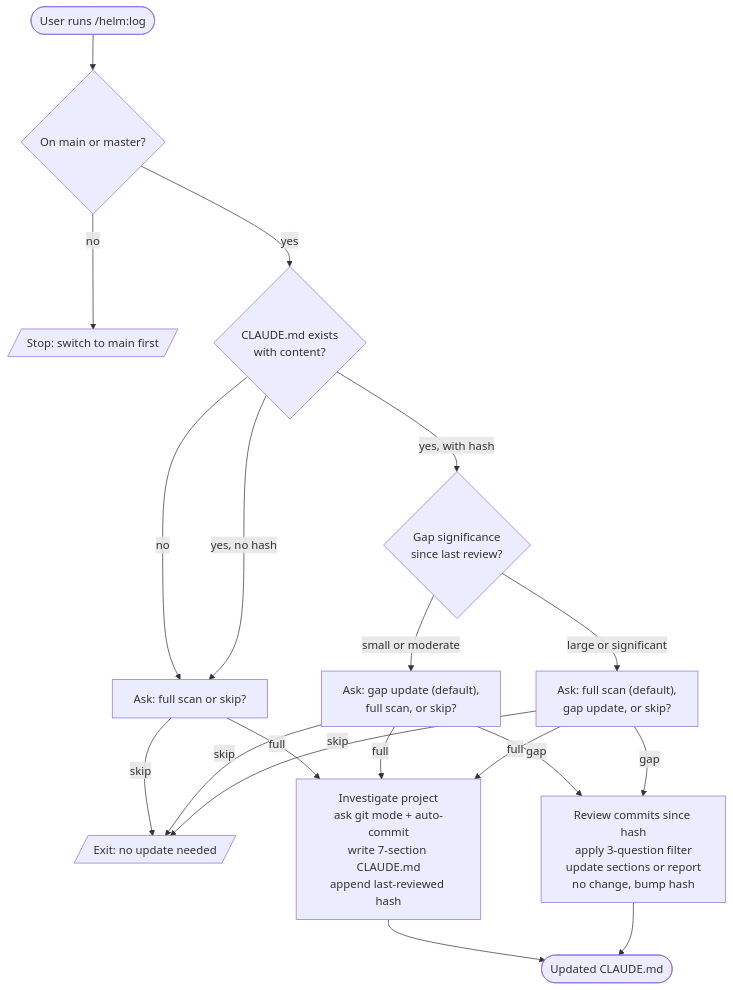
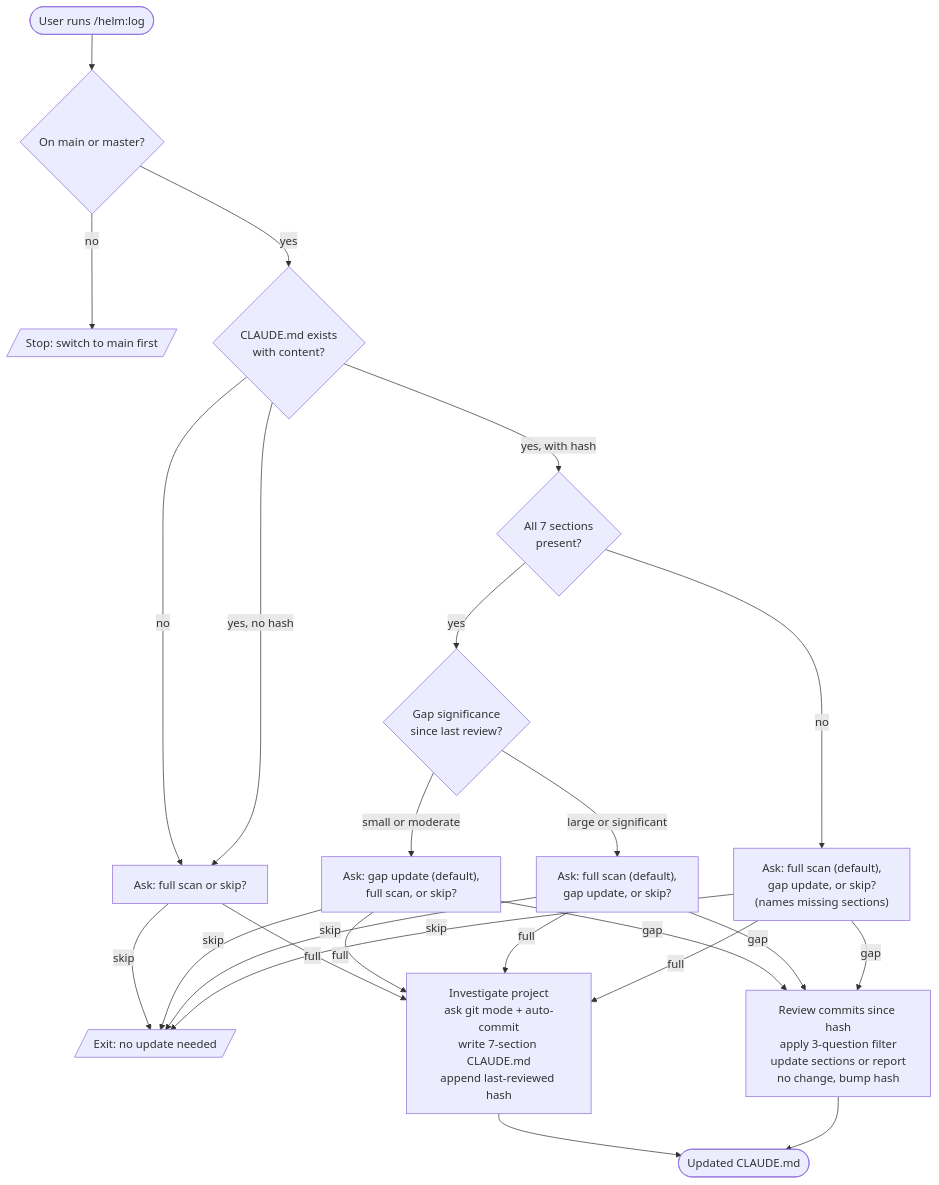
The diagram in docs/commands/log.md (myowinthein/agent-helm), drawn with Mermaid before and after one commit. The commit also changed other lines of this file and 1 other file, not shown here.

Commit message:
feat(log): detect schema breaks and recommend full scan when sections are missing

````diff
--- a/docs/commands/log.md
+++ b/docs/commands/log.md
@@ -13,27 +13,33 @@
 ```mermaid
 flowchart TD
   Start([User runs /helm:log]) --> Branch{On main or master?}
   Branch -->|no| Stop[/Stop: switch to main first/]
   Branch -->|yes| Exists{CLAUDE.md exists<br/>with content?}
 
   Exists -->|no| Mode1[Ask: full scan or skip?]
   Exists -->|yes, no hash| Mode1
-  Exists -->|yes, with hash| Gap{Gap significance<br/>since last review?}
+  Exists -->|yes, with hash| Schema{All 7 sections<br/>present?}
+
+  Schema -->|no| Mode4["Ask: full scan (default),<br/>gap update, or skip?<br/>(names missing sections)"]
+  Schema -->|yes| Gap{Gap significance<br/>since last review?}
 
   Gap -->|small or moderate| Mode2["Ask: gap update (default),<br/>full scan, or skip?"]
   Gap -->|large or significant| Mode3["Ask: full scan (default),<br/>gap update, or skip?"]
 
   Mode1 -->|skip| Skip[/Exit: no update needed/]
   Mode1 -->|full| Full
   Mode2 -->|skip| Skip
   Mode2 -->|full| Full
   Mode2 -->|gap| GapPath
   Mode3 -->|skip| Skip
   Mode3 -->|full| Full
   Mode3 -->|gap| GapPath
+  Mode4 -->|skip| Skip
+  Mode4 -->|full| Full
+  Mode4 -->|gap| GapPath
 
   Full[Investigate project<br/>ask git mode + auto-commit<br/>write 7-section CLAUDE.md<br/>append last-reviewed hash] --> Done
   GapPath[Review commits since hash<br/>apply 3-question filter<br/>update sections or report<br/>no change, bump hash] --> Done
 
   Done([Updated CLAUDE.md])
 ```
````
